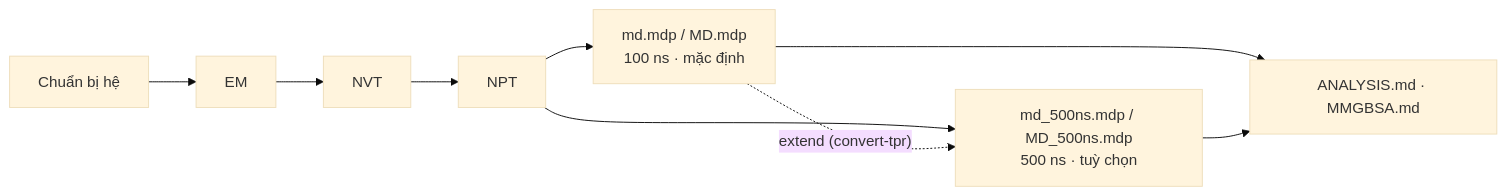
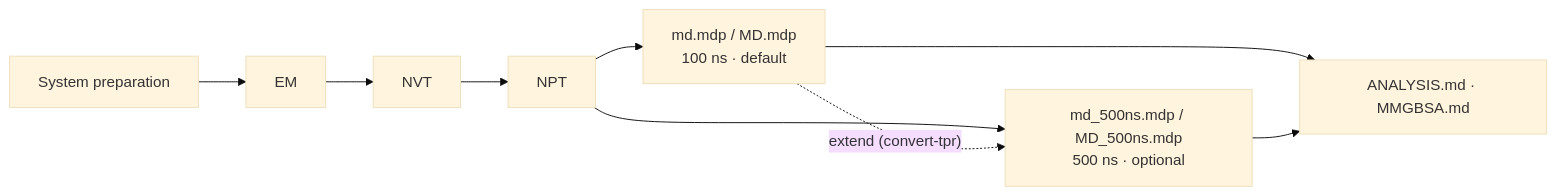
One commit to 129namworkkk/gromacs-md-protocols changed the diagram in docs/EXTENDED_500NS.md. Above: the diagram before and after it, drawn with Mermaid (base theme). The commit also changed other lines of this file and 12 other files, not shown here.

````diff
--- a/docs/EXTENDED_500NS.md
+++ b/docs/EXTENDED_500NS.md
@@ -5,9 +5,9 @@
 ```mermaid
 flowchart LR
-    P[Chuẩn bị hệ] --> EM --> NVT --> NPT
-    NPT --> M100[md.mdp / MD.mdp<br/>100 ns · mặc định]
-    NPT --> M500[md_500ns.mdp / MD_500ns.mdp<br/>500 ns · tuỳ chọn]
+    P[System preparation] --> EM --> NVT --> NPT
+    NPT --> M100[md.mdp / MD.mdp<br/>100 ns · default]
+    NPT --> M500[md_500ns.mdp / MD_500ns.mdp<br/>500 ns · optional]
     M100 -. "extend (convert-tpr)" .-> M500
     M100 --> A[ANALYSIS.md · MMGBSA.md]
     M500 --> A
 ```
````
